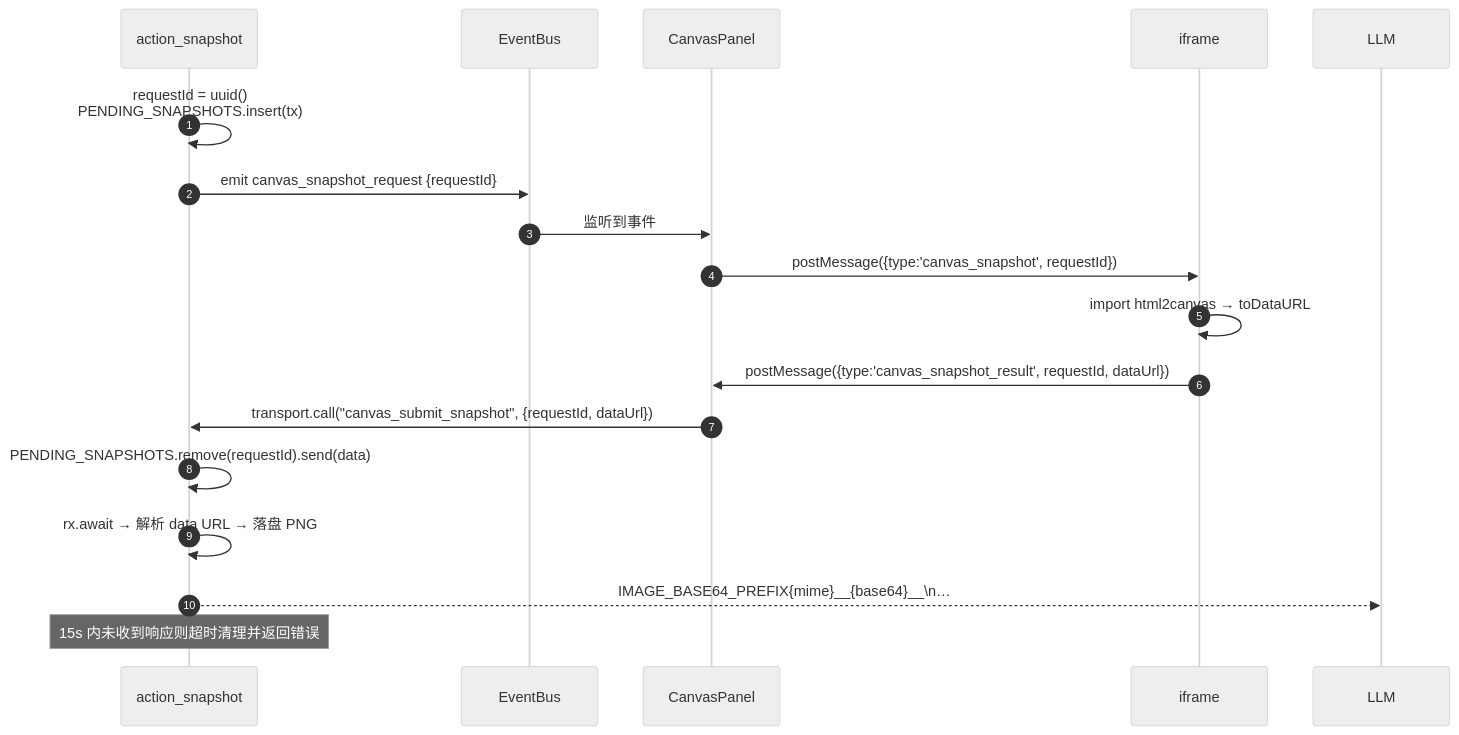
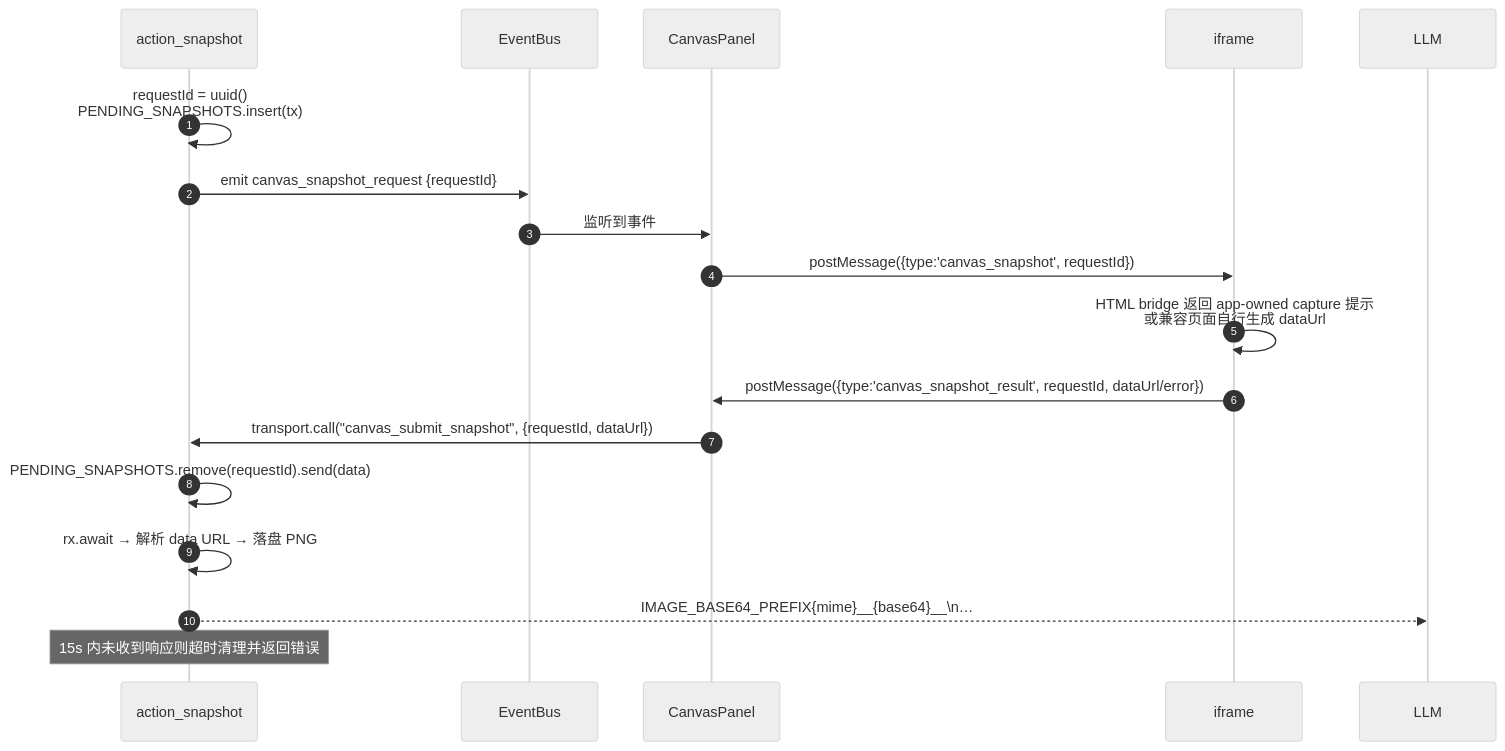
The fourth of 4 diagrams in docs/architecture/canvas.md (shiwenwen/hope-agent), drawn with Mermaid (neutral theme) before and after one commit. The commit also changed other lines of this file and 10 other files, not shown here.

````diff
--- a/docs/architecture/canvas.md
+++ b/docs/architecture/canvas.md
@@ -392,20 +387,20 @@
 ```mermaid
 sequenceDiagram
     autonumber
     participant Tool as action_snapshot
     participant Bus as EventBus
     participant Panel as CanvasPanel
     participant IF as iframe
 
     Tool->>Tool: requestId = uuid()<br/>PENDING_SNAPSHOTS.insert(tx)
     Tool->>Bus: emit canvas_snapshot_request {requestId}
     Bus->>Panel: 监听到事件
     Panel->>IF: postMessage({type:'canvas_snapshot', requestId})
-    IF->>IF: import html2canvas → toDataURL
-    IF->>Panel: postMessage({type:'canvas_snapshot_result', requestId, dataUrl})
+    IF->>IF: HTML bridge 返回 app-owned capture 提示<br/>或兼容页面自行生成 dataUrl
+    IF->>Panel: postMessage({type:'canvas_snapshot_result', requestId, dataUrl/error})
     Panel->>Tool: transport.call("canvas_submit_snapshot", {requestId, dataUrl})
     Tool->>Tool: PENDING_SNAPSHOTS.remove(requestId).send(data)
     Tool->>Tool: rx.await → 解析 data URL → 落盘 PNG
     Tool-->>LLM: IMAGE_BASE64_PREFIX{mime}__{base64}__\n…
     Note over Tool: 15s 内未收到响应则超时清理并返回错误
 ```
````
